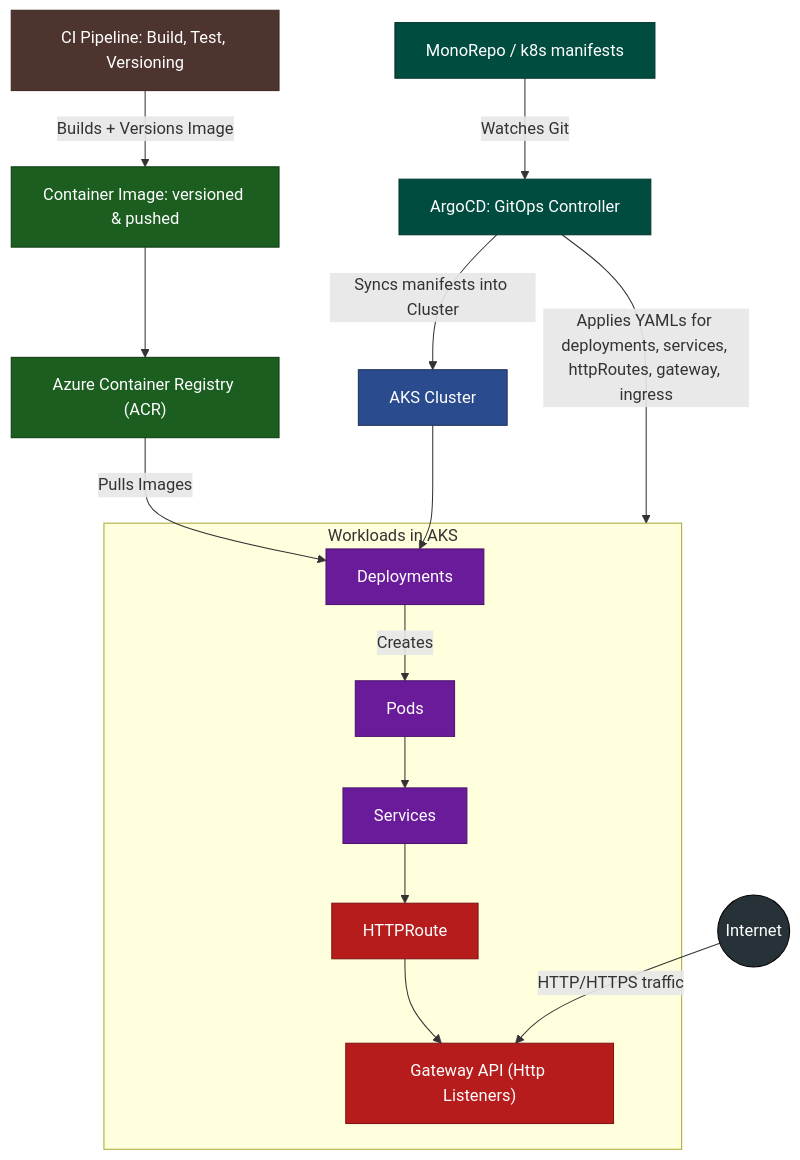
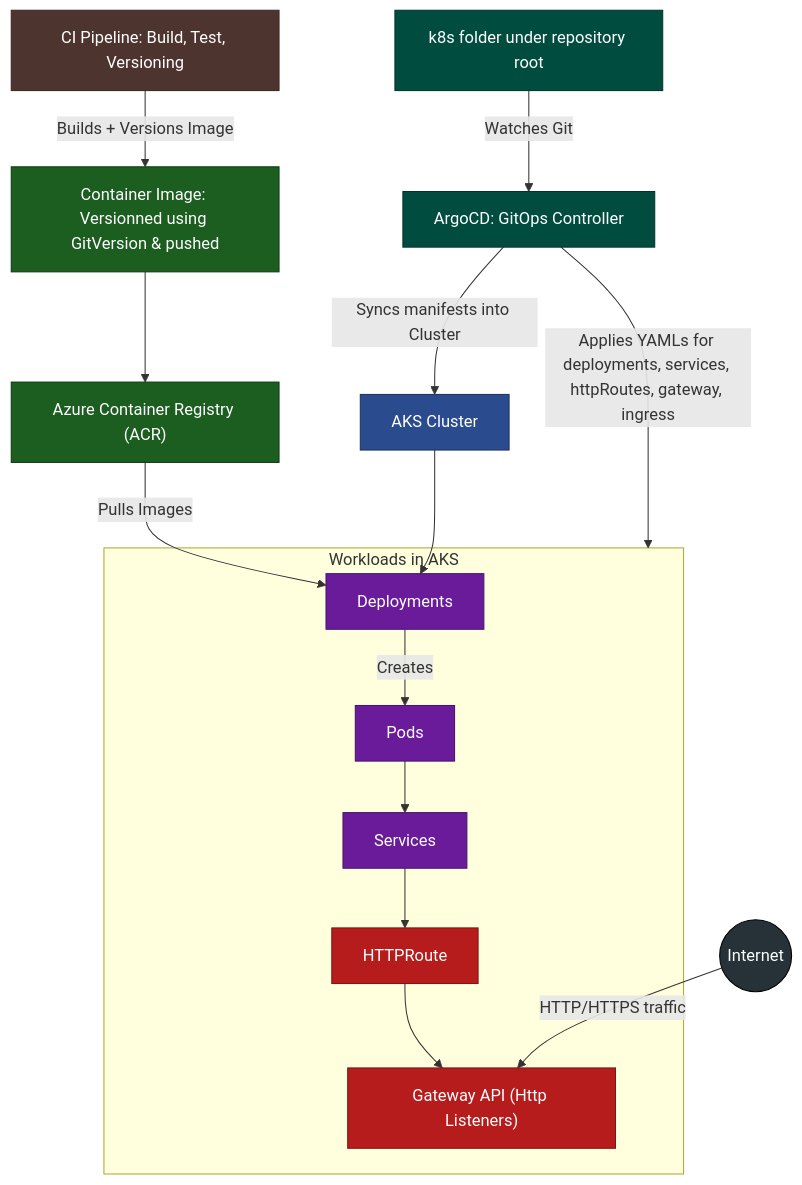
The diagram in README.md (medbalighhamdi/Trainings.Kubernetes), drawn with Mermaid before and after one commit. The commit also changed other lines of this file, not shown here.

````diff
--- a/README.md
+++ b/README.md
@@ -40,55 +44,55 @@
 ```mermaid
 %% AKS / k8s resource relationship diagram
 %% Paste this block in a GitHub Markdown file — GitHub supports Mermaid.
 flowchart TB
     %% Style Definitions (darker, high contrast)
     classDef infra fill:#2a4b8d,stroke:#1e325c,color:#ffffff;
     classDef acr fill:#1b5e20,stroke:#0d3b12,color:#ffffff;
     classDef ci fill:#4e342e,stroke:#3e2723,color:#ffffff;
     classDef gitops fill:#004d40,stroke:#00332b,color:#ffffff;
     classDef app fill:#6a1b9a,stroke:#4a136c,color:#ffffff;
     classDef net fill:#b71c1c,stroke:#7f1313,color:#ffffff;
     classDef external fill:#263238,stroke:#000000,color:#ffffff;
 
     %% CI Pipeline
     CI["CI Pipeline: Build, Test, Versioning"]:::ci
-    Image["Container Image: versioned & pushed"]:::acr
+    Image["Container Image: Versionned using GitVersion & pushed"]:::acr
     CI -->|Builds + Versions Image| Image
 
     %% Container Registry
     ACR["Azure Container Registry (ACR)"]:::acr
     Image --> ACR
 
     %% GitOps / ArgoCD
-    GitRepo["MonoRepo / k8s manifests"]:::gitops
+    GitRepo["k8s folder under repository root"]:::gitops
     Argo["ArgoCD: GitOps Controller"]:::gitops
     GitRepo -->|Watches Git| Argo
     Argo -->|Syncs manifests into Cluster| AKS
 
     %% AKS Cluster
     AKS["AKS Cluster"]:::infra
 
     subgraph Workloads["Workloads in AKS"]
         Deploy1["Deployments"]:::app
         Pods["Pods"]:::app
         SVC["Services"]:::app
         HTTPRoute["HTTPRoute"]:::net
         Gateway["Gateway API (Http Listeners)"]:::net
     end
 
     AKS --> Deploy1
     Deploy1 -->|Creates| Pods
     Pods --> SVC
     SVC --> HTTPRoute
     HTTPRoute --> Gateway
 
     %% Image flow
     ACR -->|Pulls Images| Deploy1
 
     %% ArgoCD applies YAMLs
     Argo -->|Applies YAMLs for deployments, services, httpRoutes, gateway, ingress| Workloads
 
     %% Internet access
     Internet(("Internet")):::external
     Internet -->|HTTP/HTTPS traffic| Gateway
 ```
````
